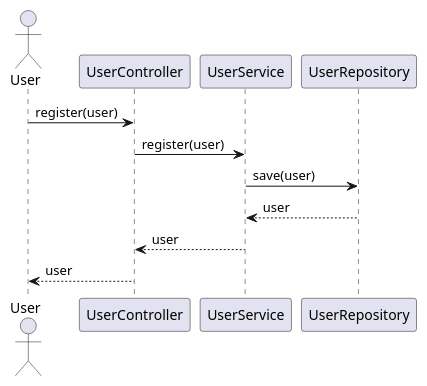
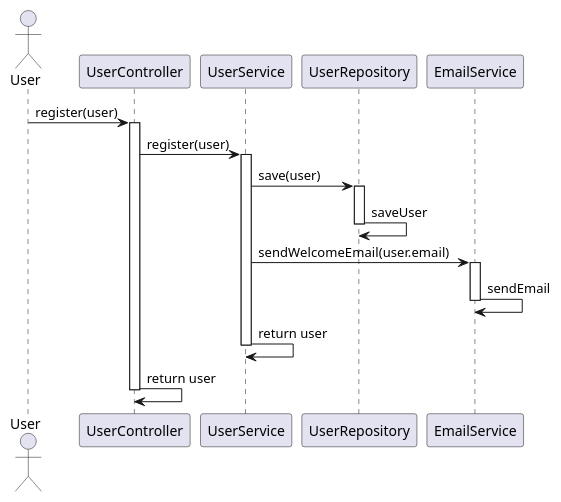
Before and after one commit to Dinesh-s95/AutoDoc.ai: the first of 6 diagrams in identityprovider/documentation/detaileddesign.adoc, drawn with PlantUML. The commit also changed other lines of this file and 4 other files, not shown here.

````diff
--- a/identityprovider/documentation/detaileddesign.adoc
+++ b/identityprovider/documentation/detaileddesign.adoc
@@ -268,15 +304,32 @@
-```plantuml
+[plantuml, "user-registration-sequence", png]
+----
 @startuml
 actor User
 participant UserController
 participant UserService
 participant UserRepository
+participant EmailService
 
 User -> UserController : register(user)
+activate UserController
+
 UserController -> UserService : register(user)
+activate UserService
+
 UserService -> UserRepository : save(user)
-UserRepository --> UserService : user
-UserService --> UserController : user
-UserController --> User : user
+activate UserRepository
+UserRepository -> UserRepository : saveUser
+deactivate UserRepository
+
+UserService -> EmailService : sendWelcomeEmail(user.email)
+activate EmailService
+EmailService -> EmailService : sendEmail
+deactivate EmailService
+
+UserService -> UserService : return user
+deactivate UserService
+
+UserController -> UserController : return user
+deactivate UserController
 @enduml
-```
+----
````
